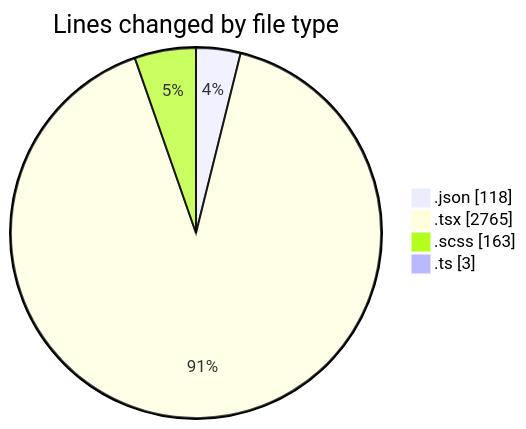
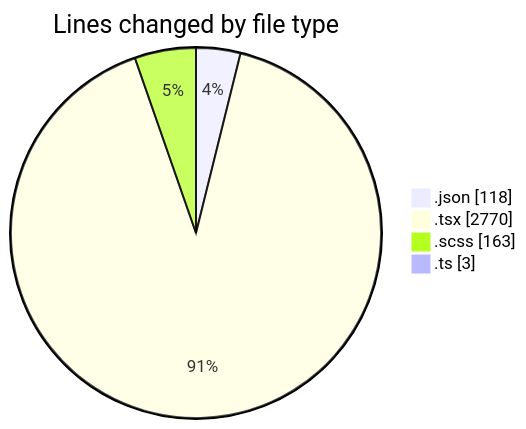
Before and after one commit to momahboobian/code-tracking: the first of 2 diagrams in 2025-11-19/cda/README.md, drawn with Mermaid. The commit also changed other lines of this file and 1 other file, not shown here.

````diff
--- a/2025-11-19/cda/README.md
+++ b/2025-11-19/cda/README.md
@@ -28,8 +28,8 @@
 ```mermaid
 pie showData
 title Lines changed by file type
 ".json" : 118
-".tsx" : 2765
+".tsx" : 2770
 ".scss" : 163
 ".ts" : 3
 ```
````
